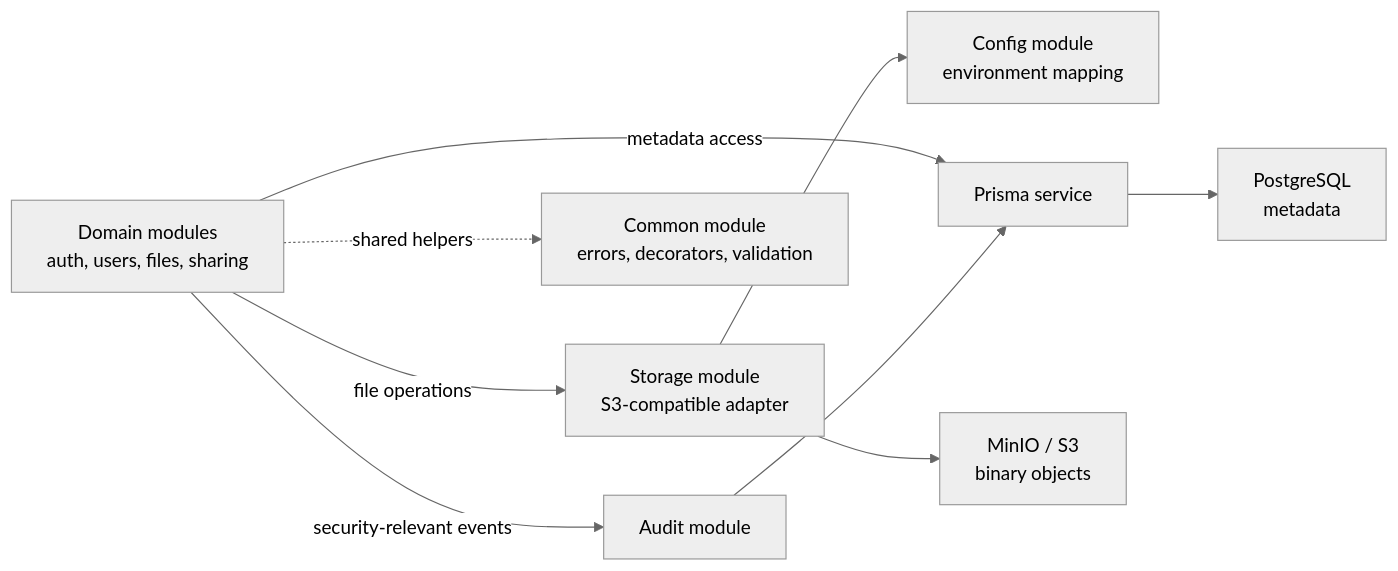
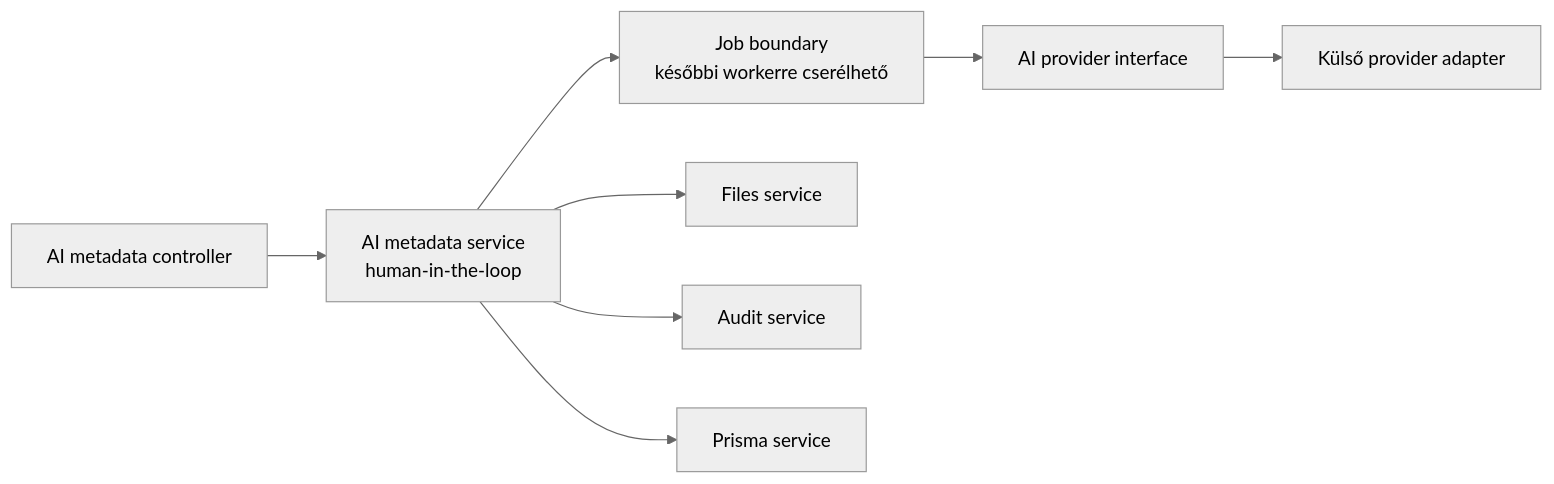
The second of 2 diagrams in docs/02_architecture/c4_component.md (ngymarcy88/adattarolas-a-felhoben), drawn with Mermaid (neutral theme) before and after one commit. The commit also changed other lines of this file and 47 other files, not shown here.

Commit message:
docs: rebaseline SZD2 architecture and roadmap

````diff
--- a/docs/02_architecture/c4_component.md
+++ b/docs/02_architecture/c4_component.md
@@ -55,20 +49,19 @@
 ```mermaid
 flowchart LR
-    domain["Domain modules\nauth, users, files, sharing"]
-    audit["Audit module"]
-    common["Common module\nerrors, decorators, validation"]
-    config["Config module\nenvironment mapping"]
-    storage["Storage module\nS3-compatible adapter"]
+    controller["AI metadata controller"]
+    service["AI metadata service\nhuman-in-the-loop"]
+    jobs["Job boundary\nkésőbbi workerre cserélhető"]
+    provider["AI provider interface"]
+    adapter["Külső provider adapter"]
+    files["Files service"]
+    audit["Audit service"]
     prisma["Prisma service"]
-    objectStorage["MinIO / S3\nbinary objects"]
-    postgres["PostgreSQL\nmetadata"]
 
-    domain -.->|"shared helpers"| common
-    domain -->|"metadata access"| prisma
-    domain -->|"file operations"| storage
-    domain -->|"security-relevant events"| audit
-    audit --> prisma
-    storage --> config
-    storage --> objectStorage
-    prisma --> postgres
+    controller --> service
+    service --> files
+    service --> jobs
+    jobs --> provider
+    provider --> adapter
+    service --> audit
+    service --> prisma
 ```
````
